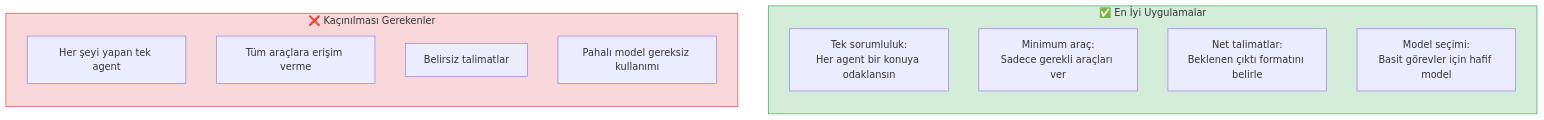
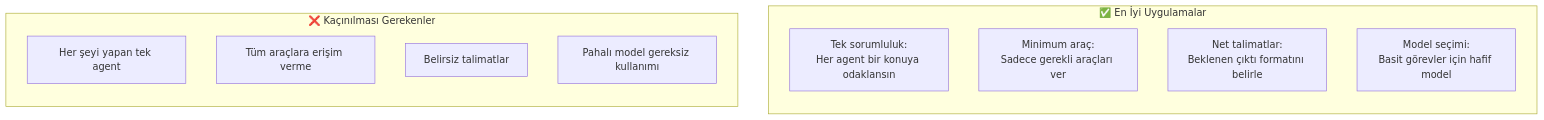
One commit to IzzetYasinAtes/ClaudeCodeHandbook changed the fifth of 5 diagrams in 13-subagentlar-ve-agent-takimlari/03-ozel-subagent-olusturma.md. Above: the diagram before and after it, drawn with Mermaid. The commit also changed other lines of this file and 97 other files, not shown here.

Commit message:
Remove all custom Mermaid style/fill colors from 98 markdown files for consistent dark theme rendering

````diff
--- a/13-subagentlar-ve-agent-takimlari/03-ozel-subagent-olusturma.md
+++ b/13-subagentlar-ve-agent-takimlari/03-ozel-subagent-olusturma.md
@@ -510,21 +502,19 @@
 ```mermaid
 flowchart TD
     subgraph best ["✅ En İyi Uygulamalar"]
         direction TB
         B1["Tek sorumluluk:<br/>Her agent bir konuya odaklansın"]
         B2["Minimum araç:<br/>Sadece gerekli araçları ver"]
         B3["Net talimatlar:<br/>Beklenen çıktı formatını belirle"]
         B4["Model seçimi:<br/>Basit görevler için hafif model"]
     end
 
     subgraph avoid ["❌ Kaçınılması Gerekenler"]
         direction TB
         A1["Her şeyi yapan tek agent"]
         A2["Tüm araçlara erişim verme"]
         A3["Belirsiz talimatlar"]
         A4["Pahalı model gereksiz kullanımı"]
     end
 
-    style best fill:#d4edda,stroke:#28a745
-    style avoid fill:#f8d7da,stroke:#dc3545
 ```
````
